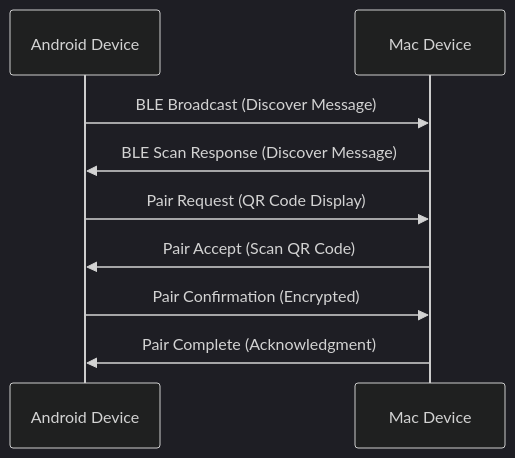
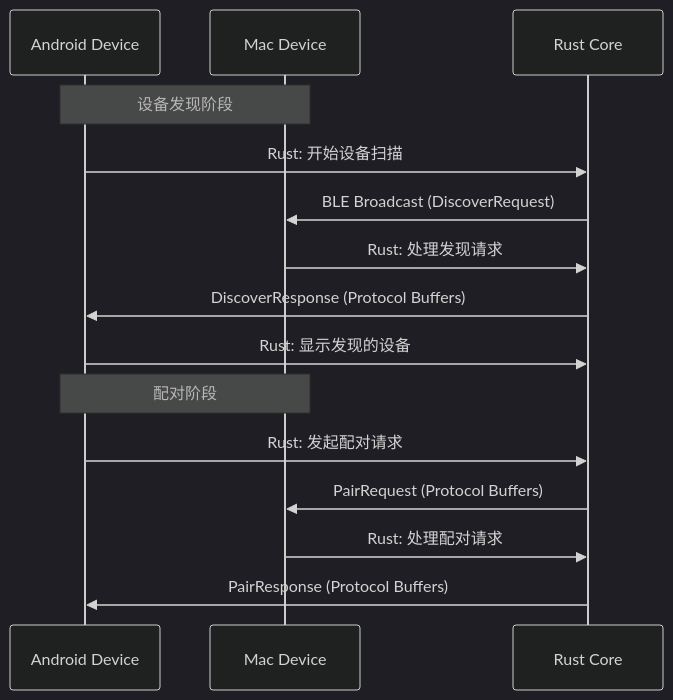
The first of 2 diagrams in docs/architecture/api-specification.md (mouse9527/nearclip), drawn with Mermaid (dark theme) before and after one commit. The commit also changed other lines of this file and 5 other files, not shown here.

````diff
--- a/docs/architecture/api-specification.md
+++ b/docs/architecture/api-specification.md
@@ -67,12 +147,19 @@
 ```mermaid
 sequenceDiagram
     participant A as Android Device
     participant B as Mac Device
+    participant R as Rust Core
 
-    A->>B: BLE Broadcast (Discover Message)
-    B->>A: BLE Scan Response (Discover Message)
-    A->>B: Pair Request (QR Code Display)
-    B->>A: Pair Accept (Scan QR Code)
-    A->>B: Pair Confirmation (Encrypted)
-    B->>A: Pair Complete (Acknowledgment)
+    Note over A,B: 设备发现阶段
+    A->>R: Rust: 开始设备扫描
+    R->>B: BLE Broadcast (DiscoverRequest)
+    B->>R: Rust: 处理发现请求
+    R->>A: DiscoverResponse (Protocol Buffers)
+    A->>R: Rust: 显示发现的设备
+
+    Note over A,B: 配对阶段
+    A->>R: Rust: 发起配对请求
+    R->>B: PairRequest (Protocol Buffers)
+    B->>R: Rust: 处理配对请求
+    R->>A: PairResponse (Protocol Buffers)
 ```
````
